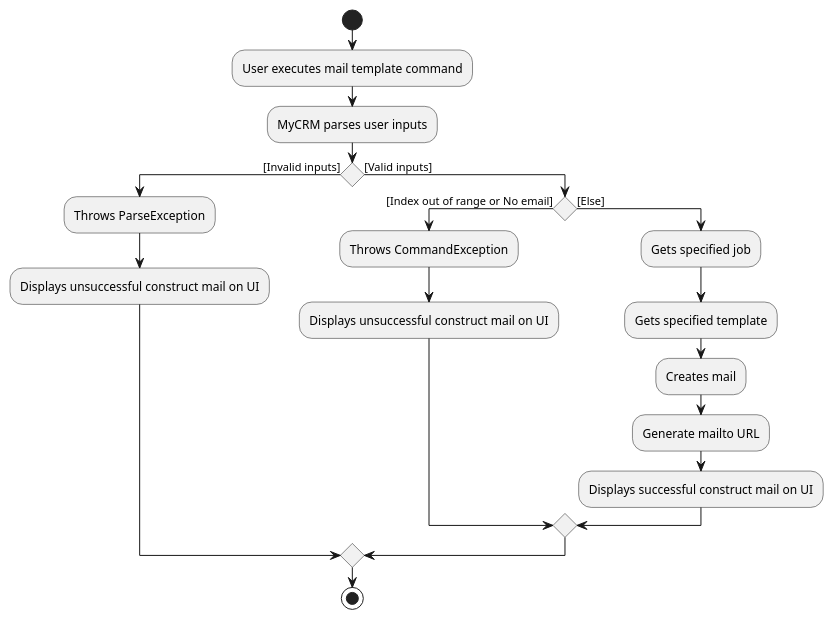
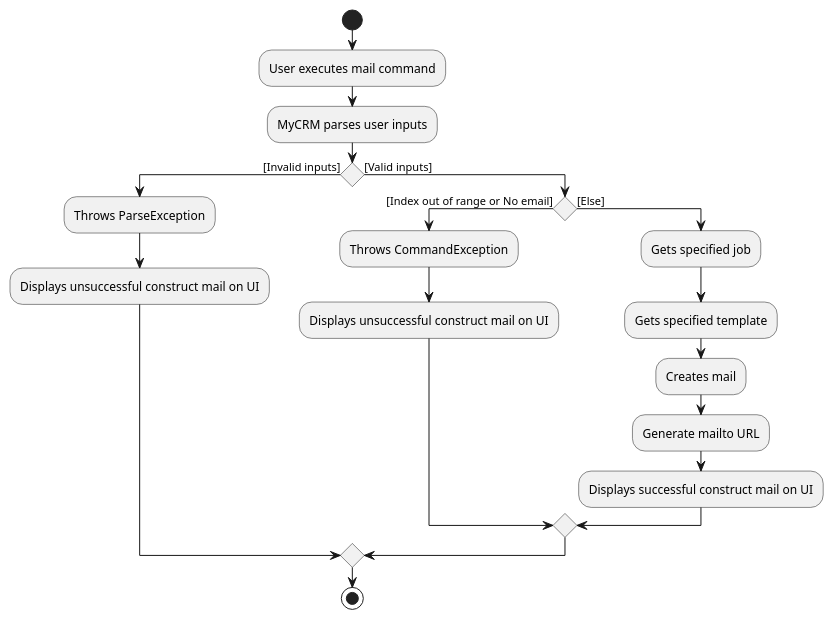
Before and after one commit to ooawagaeri/tp: the diagram in docs/diagrams/mail/MailActivityDiagram.puml, drawn with PlantUML. The commit also changed 35 other files, not shown here.

```diff
--- a/docs/diagrams/mail/MailActivityDiagram.puml
+++ b/docs/diagrams/mail/MailActivityDiagram.puml
@@ -1,22 +1,22 @@
 @startuml
 start
-:User executes mail template command;
+:User executes mail command;
 :MyCRM parses user inputs;
 if () then ([Invalid inputs])
     :Throws ParseException;
     :Displays unsuccessful construct mail on UI;
 else ([Valid inputs])
     if () then ([Index out of range or No email])
         :Throws CommandException;
         :Displays unsuccessful construct mail on UI;
     else ([Else])
         :Gets specified job;
         :Gets specified template;
         :Creates mail;
         :Generate mailto URL;
         :Displays successful construct mail on UI;
     endif
 endif
 stop
 
 @enduml
```
